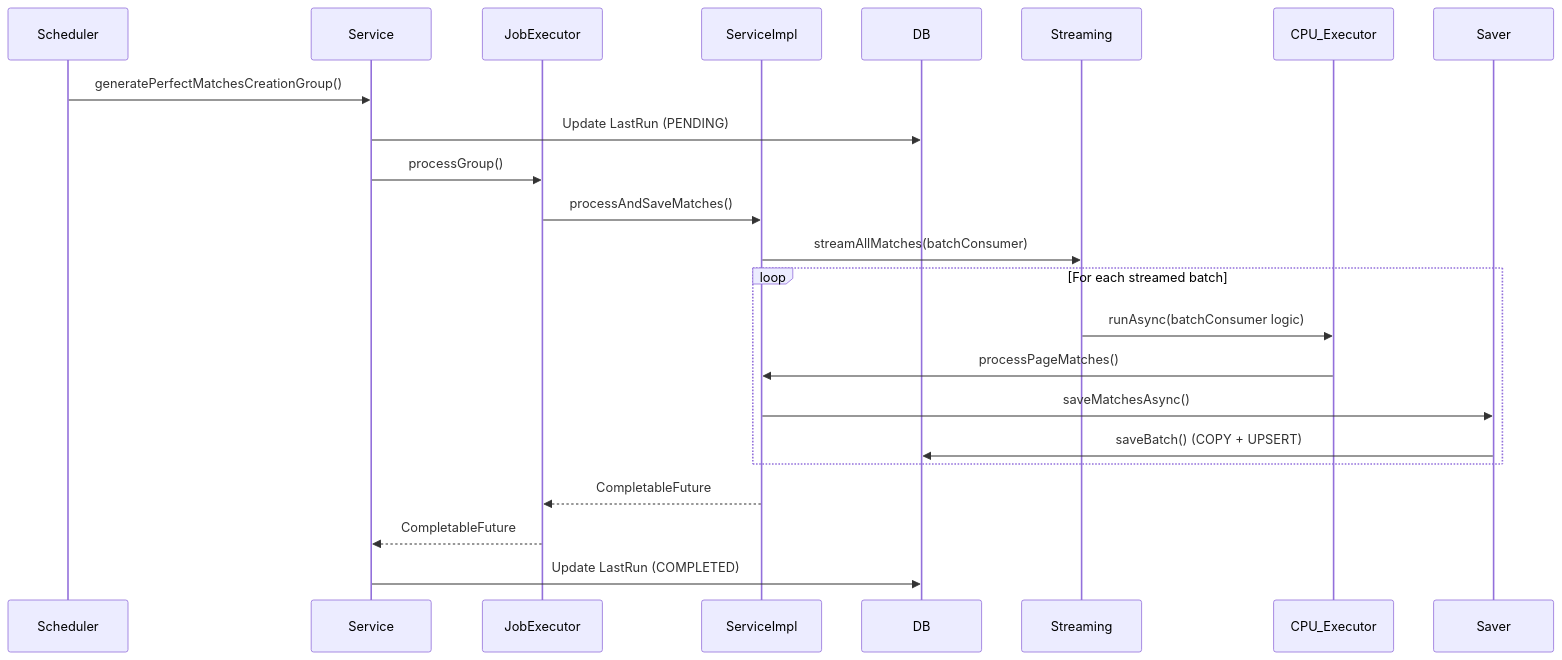
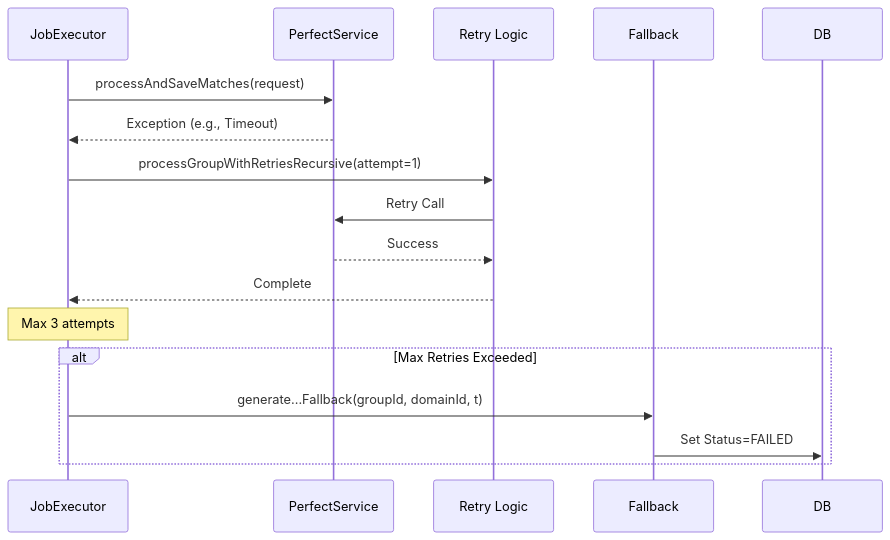
Before and after one commit to kagit00/schedule_x: the fifth of 5 diagrams in docs/Low Level Designs/ScheduledPerfectMatchesCreation.md, drawn with Mermaid. The commit also changed other lines of this file, not shown here.

````diff
--- a/docs/Low Level Designs/ScheduledPerfectMatchesCreation.md
+++ b/docs/Low Level Designs/ScheduledPerfectMatchesCreation.md
@@ -407,28 +235,19 @@
 ```mermaid
 sequenceDiagram
-    participant Scheduler
-    participant Service
-    participant JobExecutor
-    participant ServiceImpl
-    participant DB
+    participant PE as JobExecutor
+    participant PM as PerfectService
+    participant RETRY as Retry Logic
+    participant FB as Fallback
 
-    Scheduler->>Service: generatePerfectMatchesCreationGroup()
-    Service->>DB: Update LastRun (PENDING)
-    Service->>JobExecutor: processGroup()
-    JobExecutor->>ServiceImpl: processAndSaveMatches()
-    
-    participant Streaming
-    participant CPU_Executor
-    participant Saver
-
-    ServiceImpl->>Streaming: streamAllMatches(batchConsumer)
-    loop For each streamed batch
-        Streaming->>CPU_Executor: runAsync(batchConsumer logic)
-        CPU_Executor->>ServiceImpl: processPageMatches()
-        ServiceImpl->>Saver: saveMatchesAsync()
-        Saver->>DB: saveBatch() (COPY + UPSERT)
+    PE->>PM: processAndSaveMatches(request)
+    PM-->>PE: Exception (e.g., Timeout)
+    PE->>RETRY: processGroupWithRetriesRecursive(attempt=1)
+    RETRY->>PM: Retry Call
+    PM-->>RETRY: Success
+    RETRY-->>PE: Complete
+    Note over PE: Max 3 attempts
+    alt Max Retries Exceeded
+        PE->>FB: generate...Fallback(groupId, domainId, t)
+        FB->>DB: Set Status=FAILED
     end
-    ServiceImpl-->>JobExecutor: CompletableFuture
-    JobExecutor-->>Service: CompletableFuture
-    Service->>DB: Update LastRun (COMPLETED)
 ```
````
